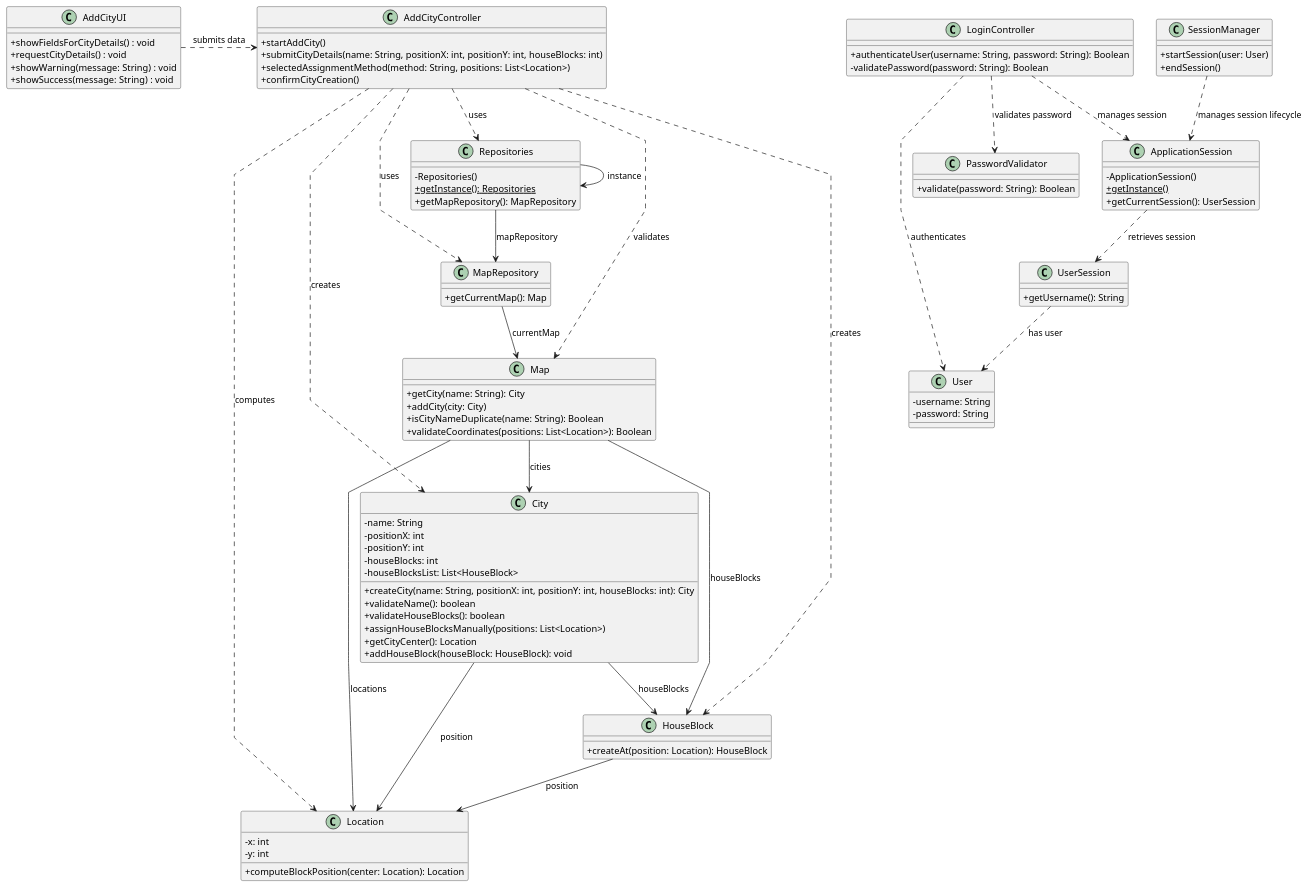
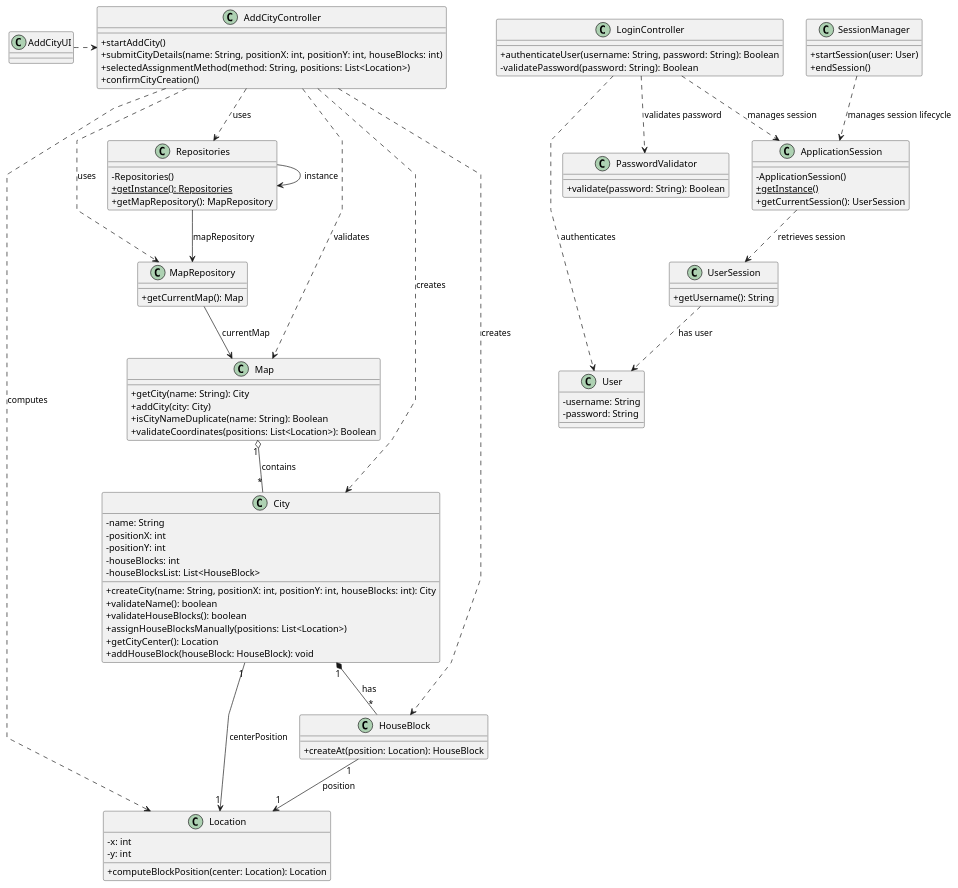
One commit to 1240826/empire-on-tracks changed the diagram in docs/system-documentation/US003/03.design/puml/US003-CD.puml. Above: the diagram before and after it, drawn with PlantUML. The commit also changed 23 other files, not shown here.

```diff
--- a/docs/system-documentation/US003/03.design/puml/US003-CD.puml
+++ b/docs/system-documentation/US003/03.design/puml/US003-CD.puml
@@ -1,125 +1,118 @@
 @startuml
 skinparam packageStyle rectangle
 skinparam shadowing false
 skinparam linetype polyline
 skinparam classAttributeIconSize 0
 
 class "LoginController" {
     + authenticateUser(username: String, password: String): Boolean
     - validatePassword(password: String): Boolean
 }
 
 class "User" {
     - username: String
     - password: String
 }
 
 class "PasswordValidator" {
     + validate(password: String): Boolean
 }
 
 class "ApplicationSession" {
     - ApplicationSession()
     + {static} getInstance()
     + getCurrentSession(): UserSession
 }
 
 class "UserSession" {
     + getUsername(): String
 }
 
 class "SessionManager" {
     + startSession(user: User)
     + endSession()
 }
 
 class "City" {
-        - name: String
-        - positionX: int
-        - positionY: int
-        - houseBlocks: int
-        - houseBlocksList: List<HouseBlock>
-        + createCity(name: String, positionX: int, positionY: int, houseBlocks: int): City
-        + validateName(): boolean
-        + validateHouseBlocks(): boolean
-        + assignHouseBlocksManually(positions: List<Location>)
-        + getCityCenter(): Location
-        + addHouseBlock(houseBlock: HouseBlock): void
+    - name: String
+    - positionX: int
+    - positionY: int
+    - houseBlocks: int
+    - houseBlocksList: List<HouseBlock>
+    + createCity(name: String, positionX: int, positionY: int, houseBlocks: int): City
+    + validateName(): boolean
+    + validateHouseBlocks(): boolean
+    + assignHouseBlocksManually(positions: List<Location>)
+    + getCityCenter(): Location
+    + addHouseBlock(houseBlock: HouseBlock): void
 }
 
 class "Location" {
     - x: int
     - y: int
     + computeBlockPosition(center: Location): Location
 }
 
 class "HouseBlock" {
     + createAt(position: Location): HouseBlock
 }
 
 class "Map" {
     + getCity(name: String): City
     + addCity(city: City)
     + isCityNameDuplicate(name: String): Boolean
     + validateCoordinates(positions: List<Location>): Boolean
 }
 
 class "Repositories" {
     - Repositories()
     + {static} getInstance(): Repositories
     + getMapRepository(): MapRepository
 }
 
 class "MapRepository" {
     + getCurrentMap(): Map
 }
 
 class "AddCityController" {
     + startAddCity()
     + submitCityDetails(name: String, positionX: int, positionY: int, houseBlocks: int)
     + selectedAssignmentMethod(method: String, positions: List<Location>)
     + confirmCityCreation()
 }
 
 class "AddCityUI" {
-    + showFieldsForCityDetails() : void
-    + requestCityDetails() : void
-    + showWarning(message: String) : void
-    + showSuccess(message: String) : void
+
 }
-
-
 
 LoginController ..> User : authenticates
 LoginController ..> PasswordValidator : validates password
 LoginController ..> ApplicationSession : manages session
 
 ApplicationSession ..> UserSession : retrieves session
 UserSession ..> User : has user
 
 SessionManager ..> ApplicationSession : manages session lifecycle
 
-AddCityUI .> AddCityController : submits data
-
+AddCityUI .> AddCityController
 AddCityController ..> Repositories : uses
 AddCityController ..> MapRepository : uses
 AddCityController ..> City : creates
 AddCityController ..> Location : computes
 AddCityController ..> HouseBlock : creates
 AddCityController ..> Map : validates
 
-Repositories -->  MapRepository : mapRepository
-Repositories -->  Repositories : instance
+Repositories --> MapRepository : mapRepository
+
+Repositories --> Repositories : instance
+
+
+Map "1" o-- "*" City : contains
+City "1" *-- "*" HouseBlock : has
+City "1" --> "1" Location : centerPosition
+
+HouseBlock "1" --> "1" Location : position
 
 MapRepository --> Map : currentMap
 
-Map -->  City : cities
-Map -->  Location : locations
-Map -->  HouseBlock : houseBlocks
-
-City -->  HouseBlock : houseBlocks
-City -->  Location : position
-
-HouseBlock --> Location : position
-
 @enduml
```
